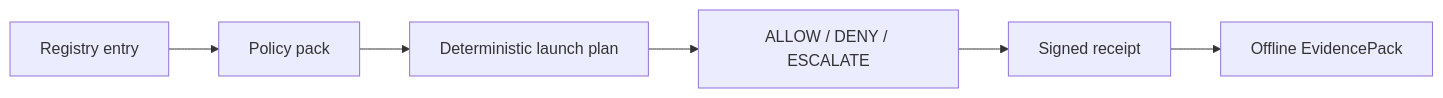
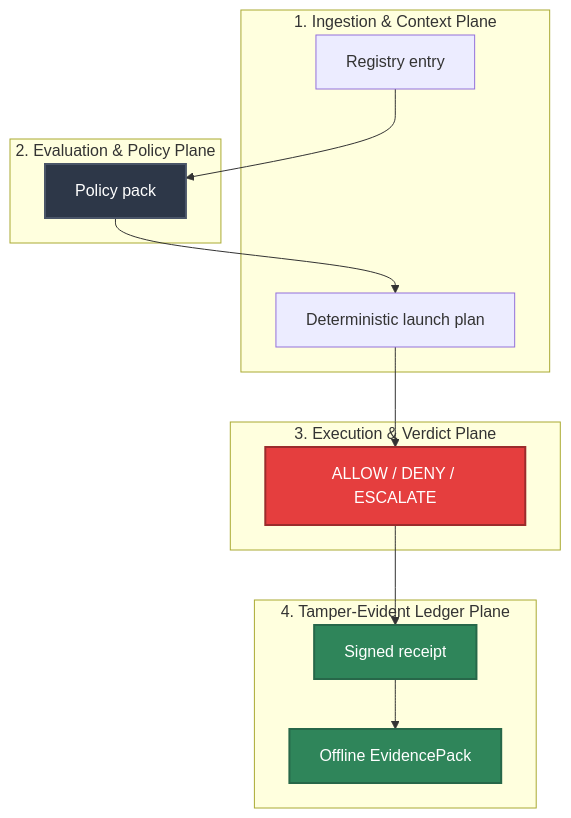
One commit to Mindburn-Labs/helm-ai-kernel changed the diagram in docs/LAUNCHPAD.md. Above: the diagram before and after it, drawn with Mermaid. The commit also changed other lines of this file and 330 other files, not shown here.

````diff
--- a/docs/LAUNCHPAD.md
+++ b/docs/LAUNCHPAD.md
@@ -122,8 +135,33 @@
 ```mermaid
-flowchart LR
-  Registry["Registry entry"] --> Policy["Policy pack"]
-  Policy --> Plan["Deterministic launch plan"]
-  Plan --> Gate["ALLOW / DENY / ESCALATE"]
-  Gate --> Receipt["Signed receipt"]
-  Receipt --> Evidence["Offline EvidencePack"]
+flowchart TD
+    subgraph Ingestion["1. Ingestion & Context Plane"]
+        Registry["Registry entry"]
+        Plan["Deterministic launch plan"]
+    end
+
+    subgraph Evaluation["2. Evaluation & Policy Plane"]
+        Policy["Policy pack"]
+    end
+
+    subgraph Execution["3. Execution & Verdict Plane"]
+        Gate["ALLOW / DENY / ESCALATE"]
+    end
+
+    subgraph Ledger["4. Tamper-Evident Ledger Plane"]
+        Receipt["Signed receipt"]
+        Evidence["Offline EvidencePack"]
+    end
+
+    %% Operational Flow Edges
+    Registry --> Policy
+    Policy --> Plan
+    Plan --> Gate
+    Gate --> Receipt
+    Receipt --> Evidence
+
+    %% Premium Styling Rules
+    style Policy fill:#2d3748,stroke:#4a5568,stroke-width:2px,color:#fff
+    style Gate fill:#e53e3e,stroke:#9b2c2c,stroke-width:2px,color:#fff
+    style Receipt fill:#2f855a,stroke:#276749,stroke-width:2px,color:#fff
+    style Evidence fill:#2f855a,stroke:#276749,stroke-width:2px,color:#fff
 ```
````
